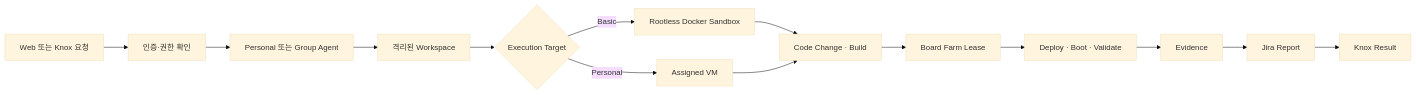
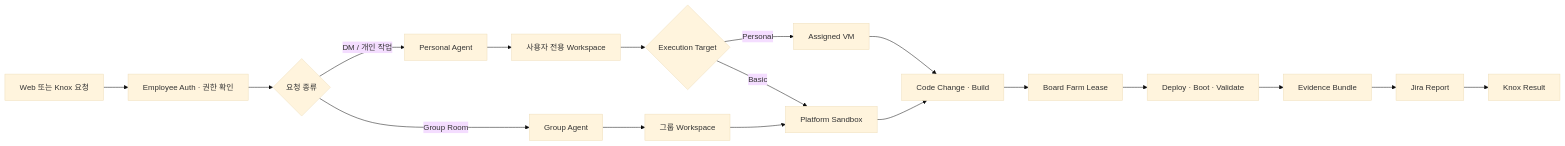
The first of 2 diagrams in README.md (devSejung/platformclaw), drawn with Mermaid (base theme) before and after one commit. The commit also changed other lines of this file and 2 other files, not shown here.

````diff
--- a/README.md
+++ b/README.md
@@ -17,16 +35,20 @@
 ```mermaid
 flowchart LR
-  A["Web 또는 Knox 요청"] --> B["인증·권한 확인"]
-  B --> C["Personal 또는 Group Agent"]
-  C --> D["격리된 Workspace"]
-  D --> E{"Execution Target"}
-  E -->|Basic| F["Rootless Docker Sandbox"]
-  E -->|Personal| G["Assigned VM"]
-  F --> H["Code Change · Build"]
-  G --> H
-  H --> I["Board Farm Lease"]
-  I --> J["Deploy · Boot · Validate"]
-  J --> K["Evidence"]
-  K --> L["Jira Report"]
-  L --> M["Knox Result"]
+  A["Web 또는 Knox 요청"] --> B["Employee Auth · 권한 확인"]
+  B --> C{"요청 종류"}
+  C -->|DM / 개인 작업| D["Personal Agent"]
+  C -->|Group Room| E["Group Agent"]
+  D --> F["사용자 전용 Workspace"]
+  E --> G["그룹 Workspace"]
+  F --> H{"Execution Target"}
+  G --> I["Platform Sandbox"]
+  H -->|Personal| J["Assigned VM"]
+  H -->|Basic| I
+  J --> K["Code Change · Build"]
+  I --> K
+  K --> L["Board Farm Lease"]
+  L --> M["Deploy · Boot · Validate"]
+  M --> N["Evidence Bundle"]
+  N --> O["Jira Report"]
+  O --> P["Knox Result"]
 ```
````
